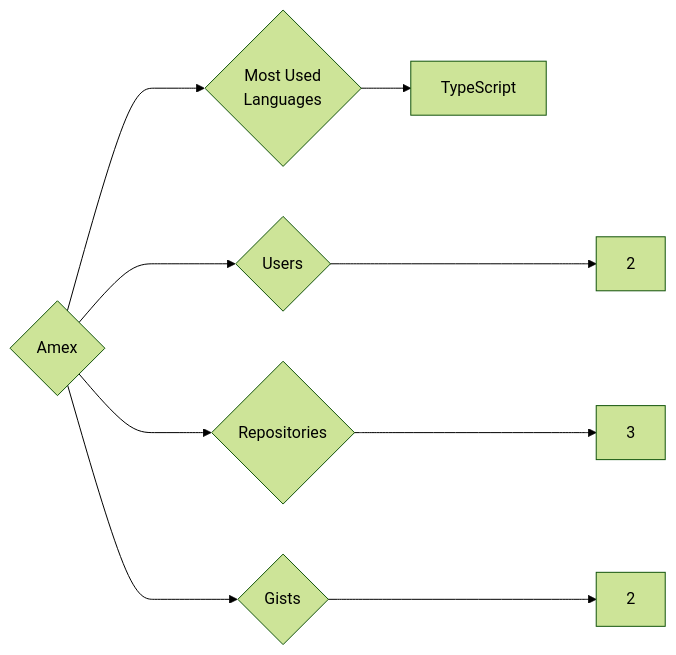
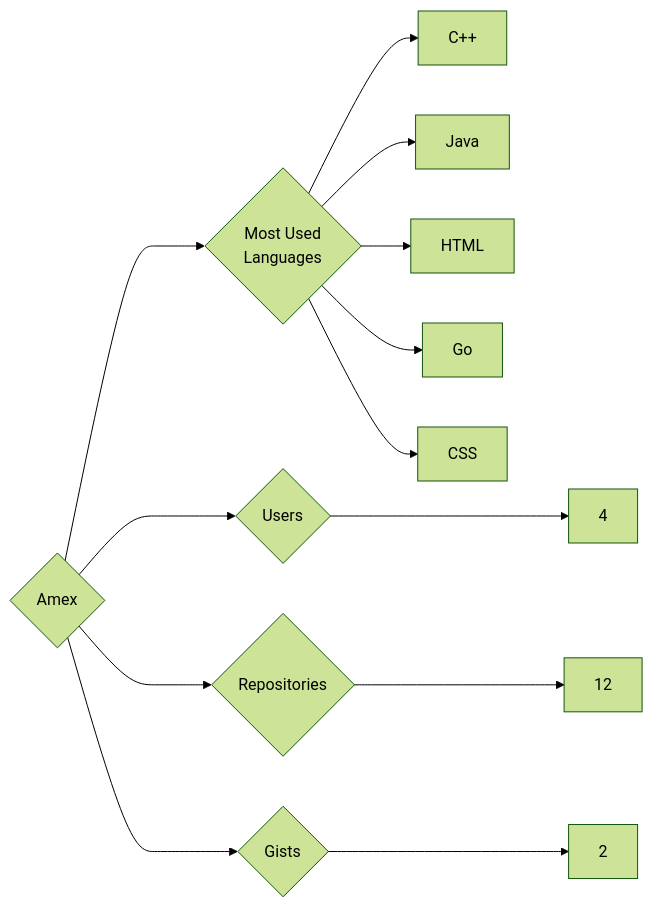
The diagram in targets/Amex/README.md (trickest/insiders), drawn with Mermaid (forest theme) before and after one commit. The commit also changed 1055 other files, not shown here.

````diff
--- a/targets/Amex/README.md
+++ b/targets/Amex/README.md
@@ -3,9 +3,13 @@
 ```mermaid
 graph LR
 COMPANY_NAME{Amex}
-COMPANY_NAME ---> U{Users} ---> UN[2]
-COMPANY_NAME ---> R{Repositories} ---> RN[3]
+COMPANY_NAME ---> U{Users} ---> UN[4]
+COMPANY_NAME ---> R{Repositories} ---> RN[12]
 COMPANY_NAME ---> G{Gists} ---> GN[2]
 COMPANY_NAME ---> ML{Most Used<br>Languages}
-ML --> TypeScript[TypeScript]
+ML --> C++[C++]
+ML --> Java[Java]
+ML --> HTML[HTML]
+ML --> Go[Go]
+ML --> CSS[CSS]
 ```
````
